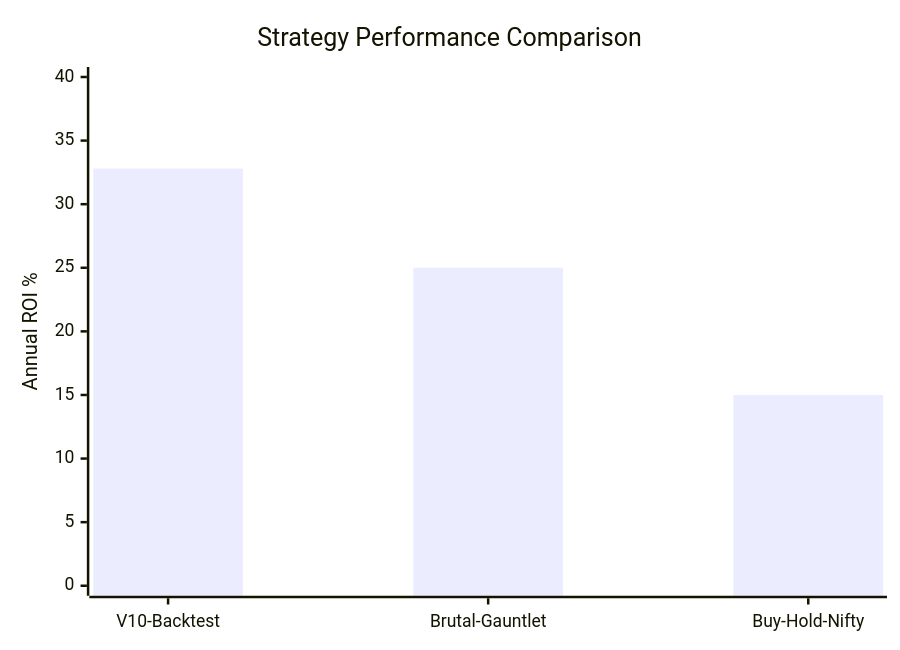
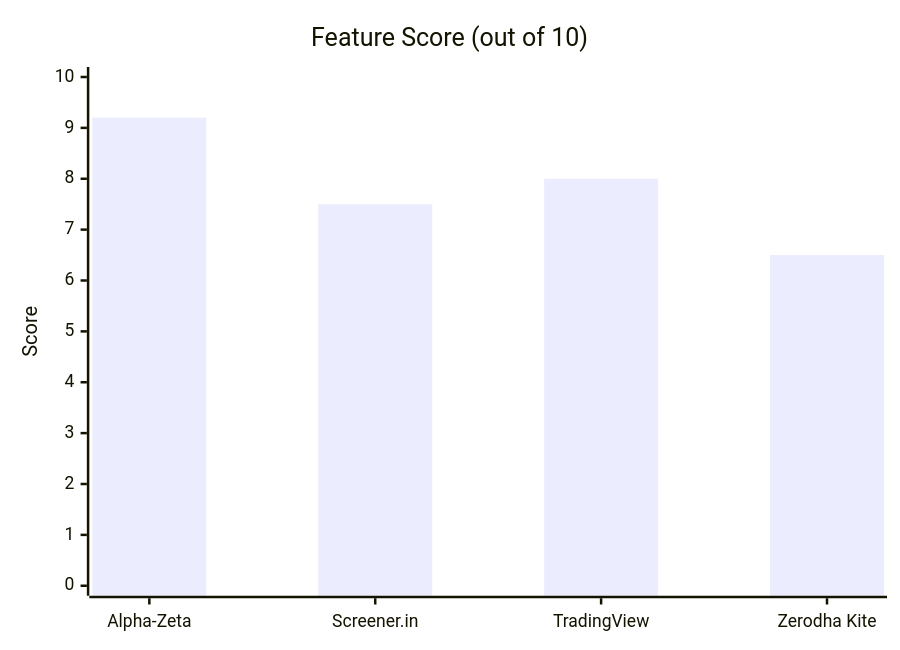
One commit to pravindev666/Tradyx-Aleph changed diagram 11 of 20 in README.md. Above: the diagram before and after it, drawn with Mermaid. The commit also changed other lines of this file, not shown here.

````diff
--- a/README.md
+++ b/README.md
@@ -419,7 +217,7 @@
 ```mermaid
 xychart-beta
-    title "Strategy Performance Comparison"
-    x-axis [V10-Backtest, Brutal-Gauntlet, Buy-Hold-Nifty]
-    y-axis "Annual ROI %" 0 --> 40
-    bar [32.8, 25.0, 15.0]
+    title "Feature Score (out of 10)"
+    x-axis ["Alpha-Zeta", "Screener.in", "TradingView", "Zerodha Kite"]
+    y-axis "Score" 0 --> 10
+    bar [9.2, 7.5, 8.0, 6.5]
 ```
````
